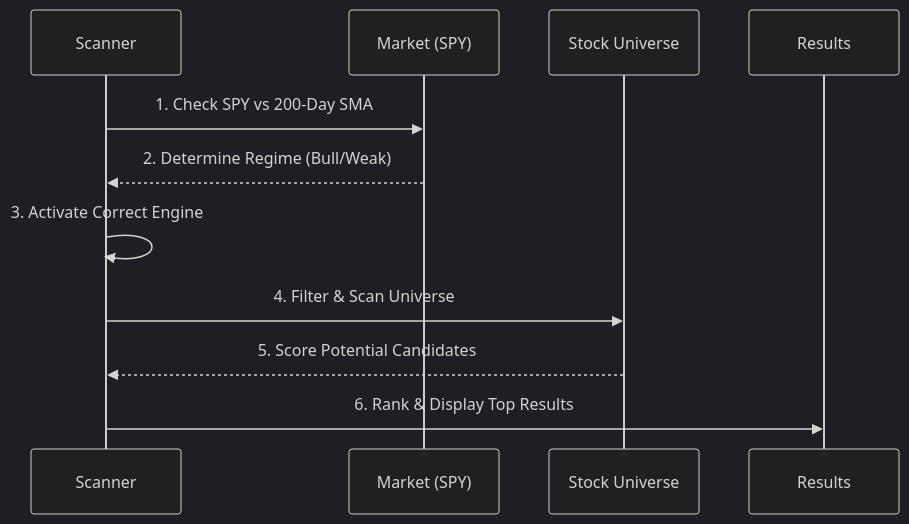
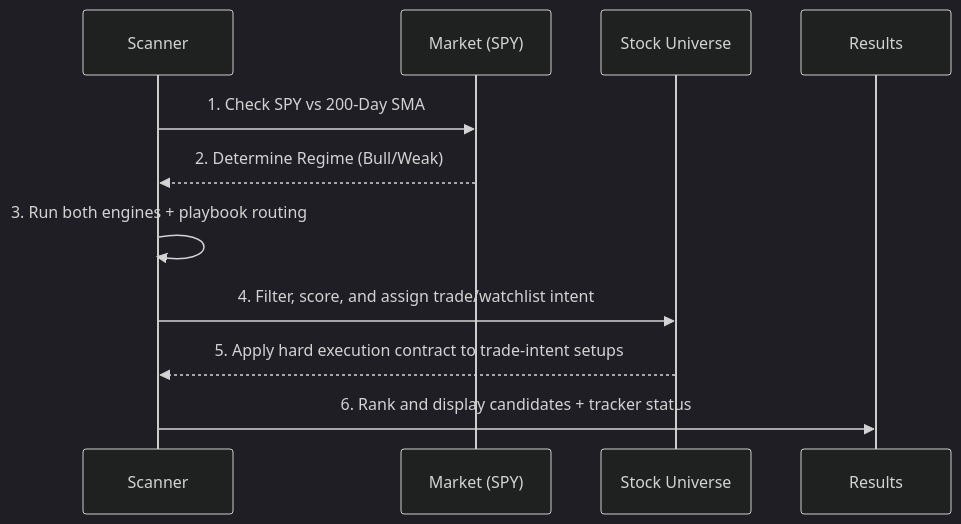
Before and after one commit to Nealjai/Swing_Project: the third of 3 diagrams in plans/how_it_works_design.md, drawn with Mermaid (dark theme). The commit also changed other lines of this file and 30 other files, not shown here.

````diff
--- a/plans/how_it_works_design.md
+++ b/plans/how_it_works_design.md
@@ -121,14 +121,14 @@
 ```mermaid
 sequenceDiagram
     participant S as Scanner
     participant M as Market (SPY)
     participant Stocks as Stock Universe
     participant R as Results
 
     S->>M: 1. Check SPY vs 200-Day SMA
     M-->>S: 2. Determine Regime (Bull/Weak)
-    S->>S: 3. Activate Correct Engine
-    S->>Stocks: 4. Filter & Scan Universe
-    Stocks-->>S: 5. Score Potential Candidates
-    S->>R: 6. Rank & Display Top Results
+    S->>S: 3. Run both engines + playbook routing
+    S->>Stocks: 4. Filter, score, and assign trade/watchlist intent
+    Stocks-->>S: 5. Apply hard execution contract to trade-intent setups
+    S->>R: 6. Rank and display candidates + tracker status
 ```
````
